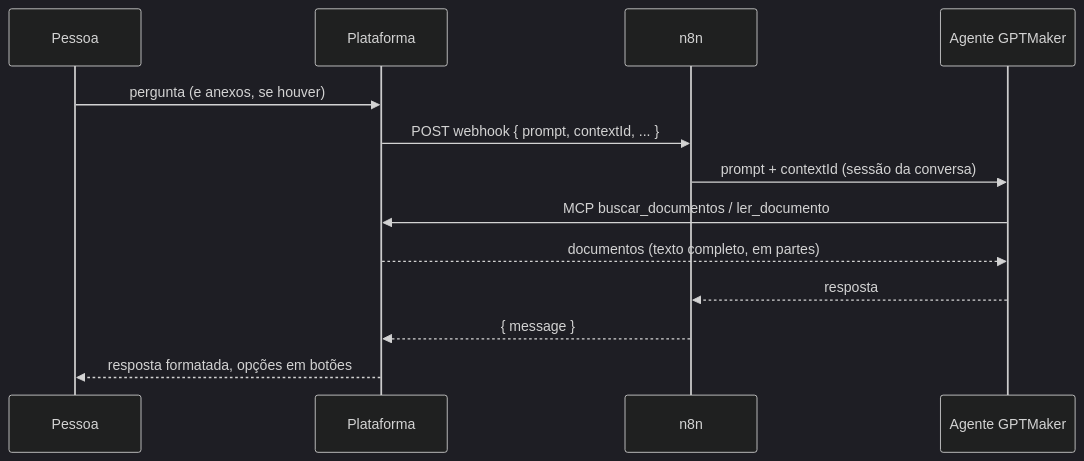
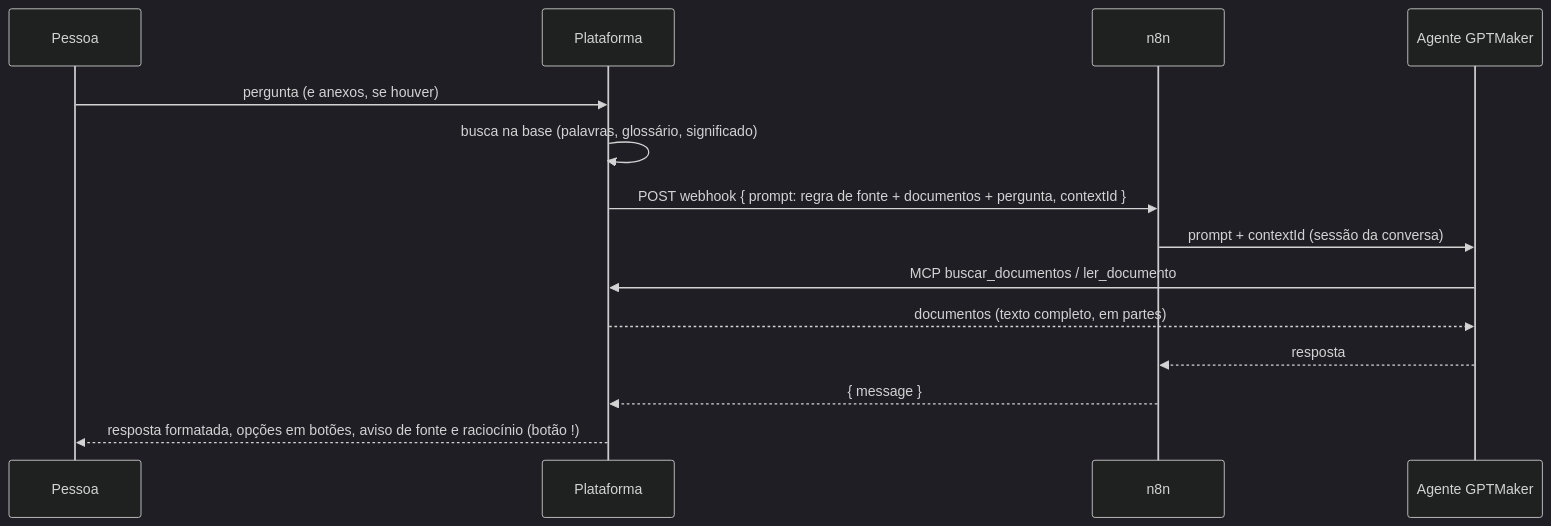
Before and after one commit to Diogo632/Active: the second of 2 diagrams in docs/01-visao-geral.md, drawn with Mermaid (dark theme). The commit also changed other lines of this file and 13 other files, not shown here.

````diff
--- a/docs/01-visao-geral.md
+++ b/docs/01-visao-geral.md
@@ -40,15 +43,16 @@
 ```mermaid
 sequenceDiagram
     participant Pessoa
     participant Plataforma
     participant n8n
     participant GPTMaker as Agente GPTMaker
     Pessoa->>Plataforma: pergunta (e anexos, se houver)
-    Plataforma->>n8n: POST webhook { prompt, contextId, ... }
+    Plataforma->>Plataforma: busca na base (palavras, glossário, significado)
+    Plataforma->>n8n: POST webhook { prompt: regra de fonte + documentos + pergunta, contextId }
     n8n->>GPTMaker: prompt + contextId (sessão da conversa)
     GPTMaker->>Plataforma: MCP buscar_documentos / ler_documento
     Plataforma-->>GPTMaker: documentos (texto completo, em partes)
     GPTMaker-->>n8n: resposta
     n8n-->>Plataforma: { message }
-    Plataforma-->>Pessoa: resposta formatada, opções em botões
+    Plataforma-->>Pessoa: resposta formatada, opções em botões, aviso de fonte e raciocínio (botão !)
 ```
````
